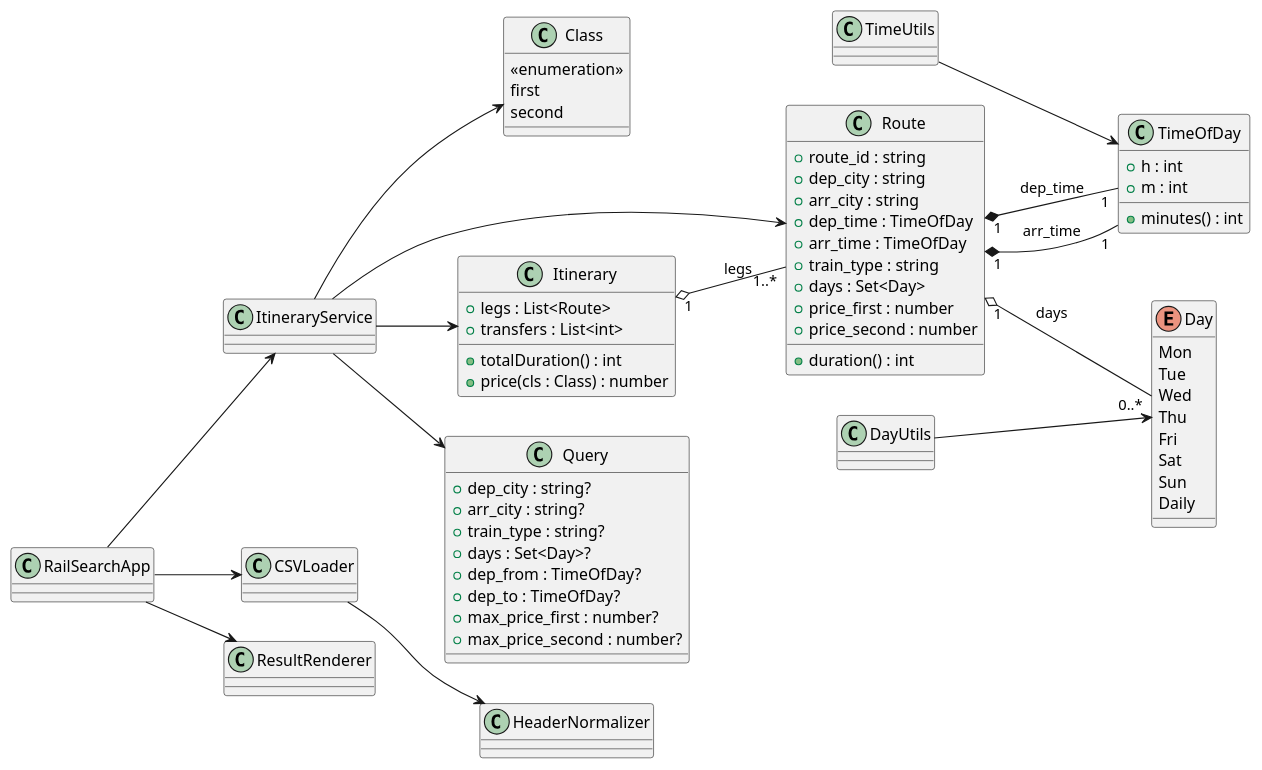
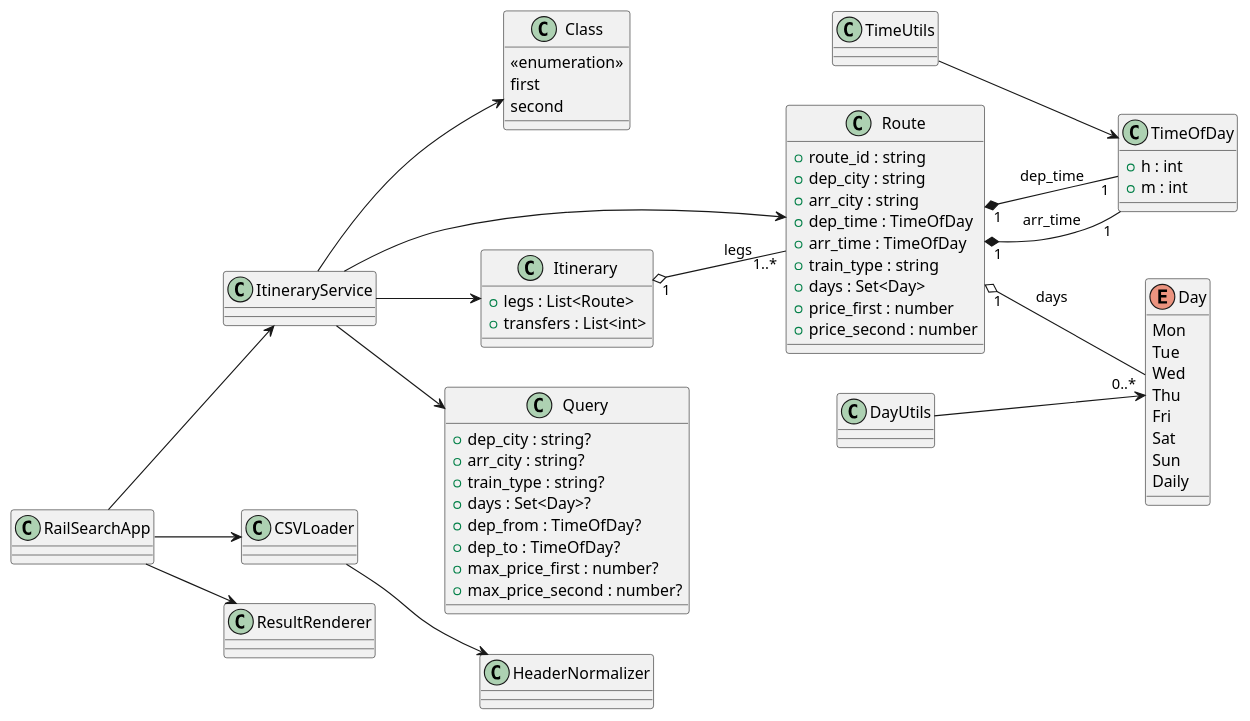
Before and after one commit to nicolas-zampieri/SOEN342: the diagram in Phase1/docs/PlantUMLCode/domain.puml, drawn with PlantUML. The commit also changed 6 other files, not shown here.

Commit message:
Addition/Change of diagrams

```diff
--- a/Phase1/docs/PlantUMLCode/domain.puml
+++ b/Phase1/docs/PlantUMLCode/domain.puml
@@ -1,81 +1,77 @@
 @startuml DomainModel
 left to right direction
 
 enum Day {
   Mon
   Tue
   Wed
   Thu
   Fri
   Sat
   Sun
   Daily
 }
 
 class Class {
   <<enumeration>>
   first
   second
 }
 
 class TimeOfDay {
   +h : int
   +m : int
-  +minutes() : int
 }
 
 class Route {
   +route_id : string
   +dep_city : string
   +arr_city : string
   +dep_time : TimeOfDay
   +arr_time : TimeOfDay
   +train_type : string
   +days : Set<Day>
   +price_first : number
   +price_second : number
-  +duration() : int
 }
 
 class Itinerary {
   +legs : List<Route>
   +transfers : List<int>
-  +totalDuration() : int
-  +price(cls : Class) : number
 }
 
 class Query {
   +dep_city : string?
   +arr_city : string?
   +train_type : string?
   +days : Set<Day>?
   +dep_from : TimeOfDay?
   +dep_to : TimeOfDay?
   +max_price_first : number?
   +max_price_second : number?
 }
 
 class ItineraryService
 class DayUtils
 class TimeUtils
 class CSVLoader
 class HeaderNormalizer
 class ResultRenderer
 class RailSearchApp
 
 Itinerary "1" o-- "1..*" Route : legs
 Route "1" *-- "1" TimeOfDay : dep_time
 Route "1" *-- "1" TimeOfDay : arr_time
 Route "1" o-- "0..*" Day : days
 
 CSVLoader --> HeaderNormalizer
 RailSearchApp --> CSVLoader
 RailSearchApp --> ResultRenderer
 RailSearchApp --> ItineraryService
 ItineraryService --> Route
 ItineraryService --> Itinerary
 ItineraryService --> Query
 ItineraryService --> Class
 DayUtils --> Day
 TimeUtils --> TimeOfDay
 @enduml
```
